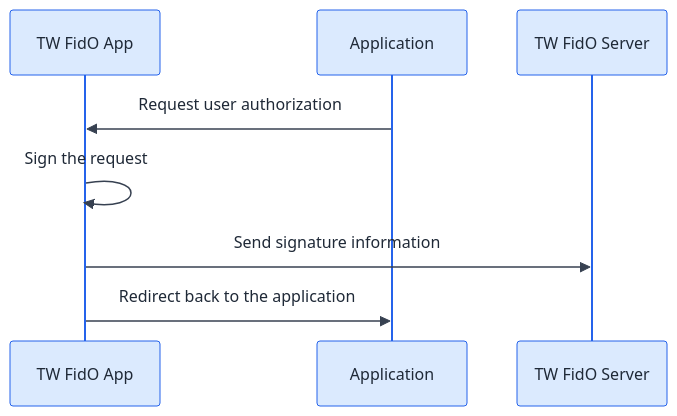
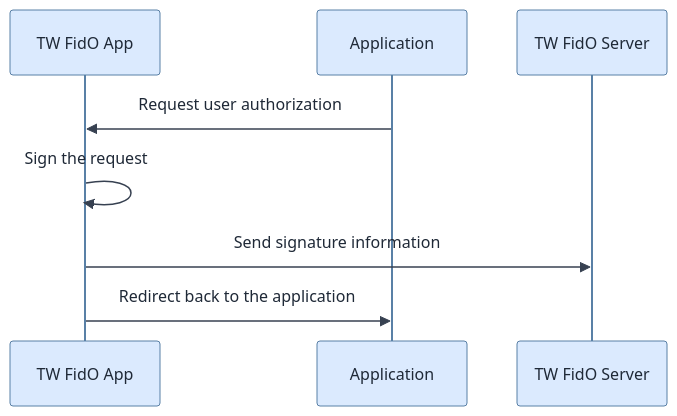
Before and after one commit to vivianjeng/2026-ethtaipei-zkfido: the third of 4 diagrams in slides.md, drawn with Mermaid. The commit also changed other lines of this file and 1 other file, not shown here.

````diff
--- a/slides.md
+++ b/slides.md
@@ -1775,28 +1762,28 @@
 ```mermaid {scale: 0.9}
 %%{init: {'theme': 'base', 'themeVariables': {
   'primaryColor': '#dbeafe',
-  'primaryBorderColor': '#2563eb',
+  'primaryBorderColor': '#5980a6',
   'primaryTextColor': '#1f2937',
   'actorBkg': '#dbeafe',
-  'actorBorder': '#2563eb',
+  'actorBorder': '#5980a6',
   'actorTextColor': '#1f2937',
   'signalColor': '#374151',
   'signalTextColor': '#1f2937',
   'labelBoxBkgColor': '#dbeafe',
-  'labelBoxBorderColor': '#2563eb',
+  'labelBoxBorderColor': '#5980a6',
   'labelTextColor': '#1f2937',
   'noteBkgColor': '#fef9c3',
   'noteBorderColor': '#d97706',
   'noteTextColor': '#1f2937',
   'fontSize': '16px'
 }}}%%
 sequenceDiagram
     participant FIDO as TW FidO App
     participant App as Application
     participant Backend as TW FidO Server
  
     App->>FIDO: Request user authorization
     FIDO->>FIDO: Sign the request
     FIDO->>Backend: Send signature information
     FIDO->>App: Redirect back to the application     
 ```
````
